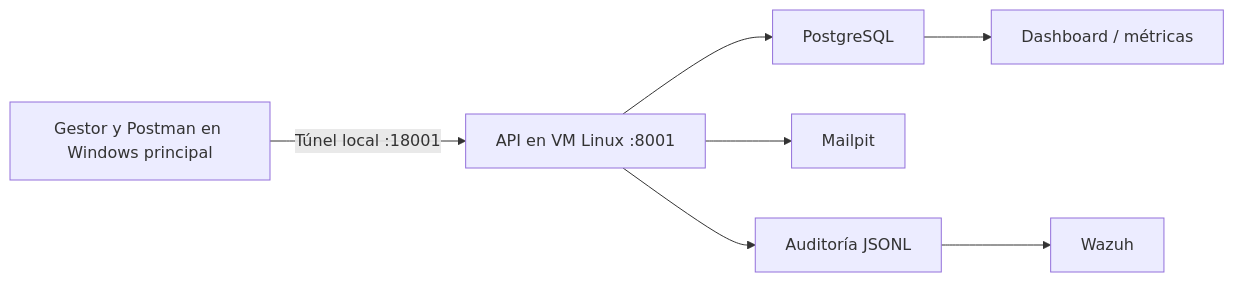
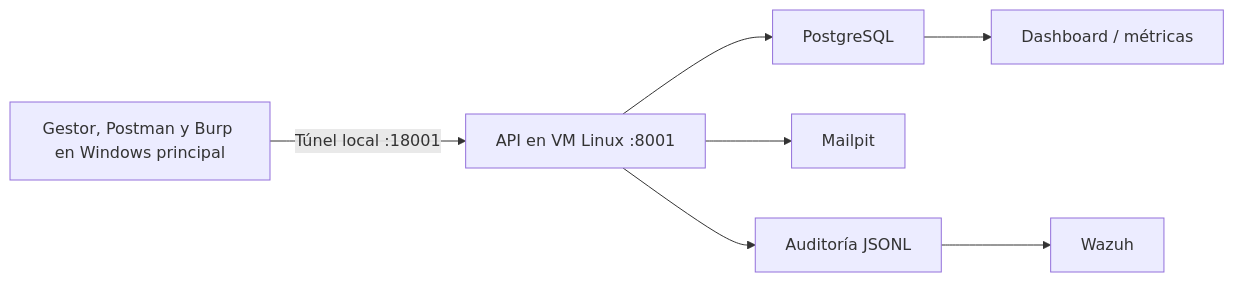
One commit to varelafervenza/tsi-obligatorio changed the diagram in tarea1-gestor-contrasenas/docs/red-team/informe-red-team.md. Above: the diagram before and after it, drawn with Mermaid. The commit also changed other lines of this file and 3 other files, not shown here.

````diff
--- a/tarea1-gestor-contrasenas/docs/red-team/informe-red-team.md
+++ b/tarea1-gestor-contrasenas/docs/red-team/informe-red-team.md
@@ -73,9 +33,9 @@
 ```mermaid
 flowchart LR
-    C[Gestor y Postman en Windows principal] -->|Túnel local :18001| A[API en VM Linux :8001]
+    C[Gestor, Postman y Burp en Windows principal] -->|Túnel local :18001| A[API en VM Linux :8001]
     A --> P[PostgreSQL]
     A --> M[Mailpit]
     A --> L[Auditoría JSONL]
     L --> W[Wazuh]
     P --> G[Dashboard / métricas]
 ```
````
